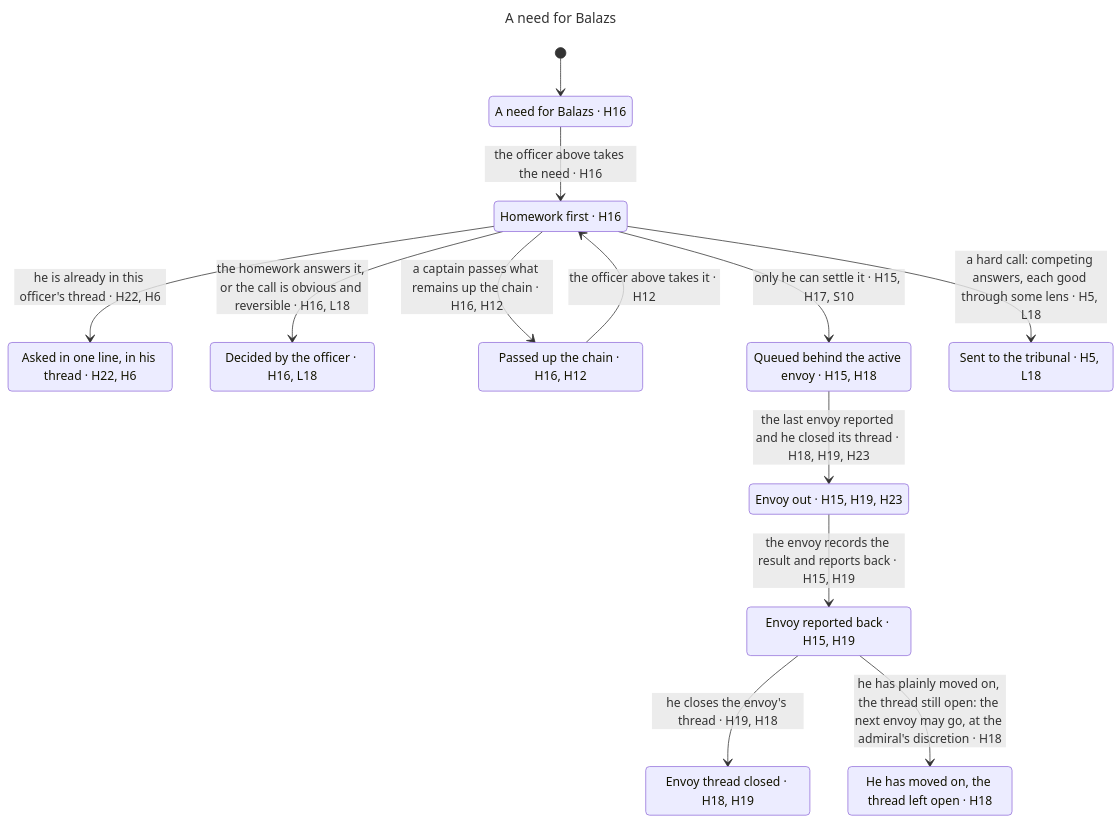
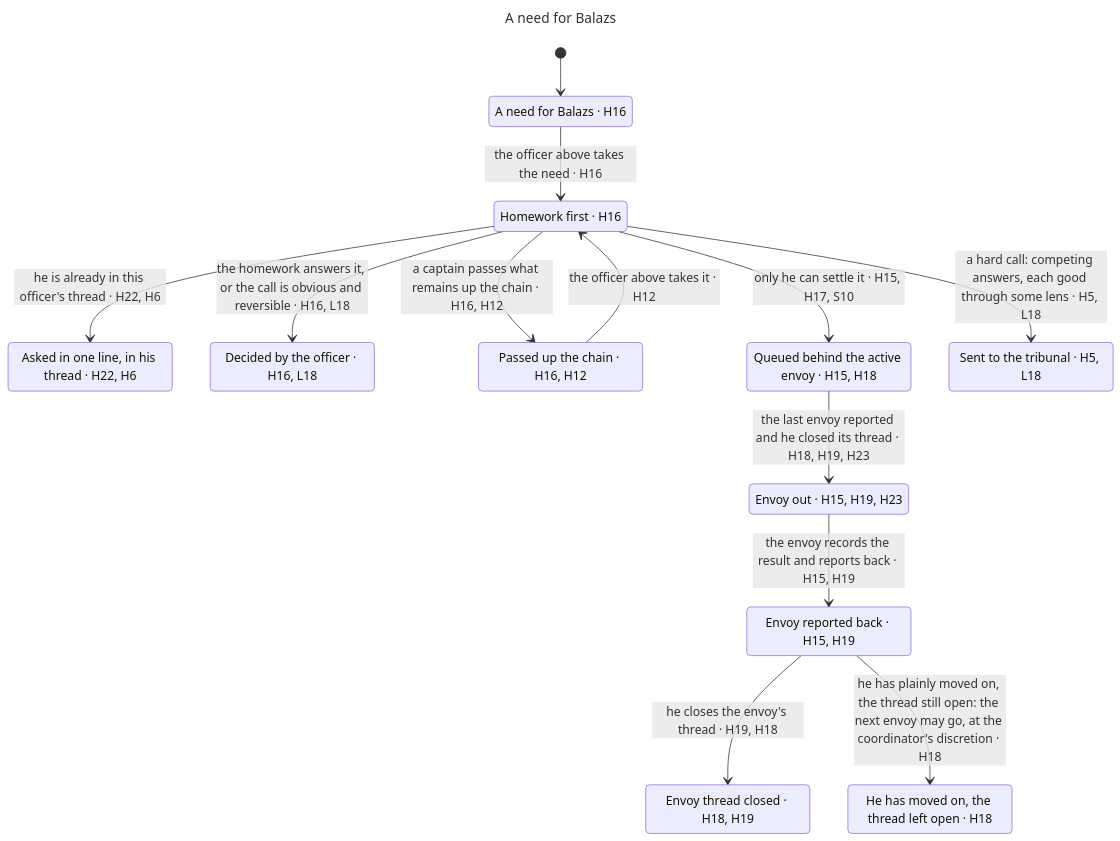
Before and after one commit to BalazsOrg/dydo: the diagram in claims/statechart/envoy/chart.mmd, drawn with Mermaid. The commit also changed 212 other files, not shown here.

```diff
--- a/claims/statechart/envoy/chart.mmd
+++ b/claims/statechart/envoy/chart.mmd
@@ -1,27 +1,27 @@
 ---
 title: "A need for Balazs"
 ---
 stateDiagram-v2
   s0: A need for Balazs #183; H16
   s1: Homework first #183; H16
   s2: Asked in one line, in his thread #183; H22, H6
   s3: Decided by the officer #183; H16, L18
   s4: Passed up the chain #183; H16, H12
   s5: Queued behind the active envoy #183; H15, H18
   s6: Sent to the tribunal #183; H5, L18
   s7: Envoy out #183; H15, H19, H23
   s8: Envoy reported back #183; H15, H19
   s9: Envoy thread closed #183; H18, H19
   s10: He has moved on, the thread left open #183; H18
   [*] --> s0
   s0 --> s1: the officer above takes the need #183; H16
   s1 --> s2: he is already in this officer's thread #183; H22, H6
   s1 --> s3: the homework answers it, or the call is obvious and reversible #183; H16, L18
   s1 --> s5: only he can settle it #183; H15, H17, S10
   s1 --> s6: a hard call: competing answers, each good through some lens #183; H5, L18
   s1 --> s4: a captain passes what remains up the chain #183; H16, H12
   s4 --> s1: the officer above takes it #183; H12
   s5 --> s7: the last envoy reported and he closed its thread #183; H18, H19, H23
   s7 --> s8: the envoy records the result and reports back #183; H15, H19
   s8 --> s9: he closes the envoy's thread #183; H19, H18
-  s8 --> s10: he has plainly moved on, the thread still open: the next envoy may go, at the admiral's discretion #183; H18
+  s8 --> s10: he has plainly moved on, the thread still open: the next envoy may go, at the coordinator's discretion #183; H18
```
